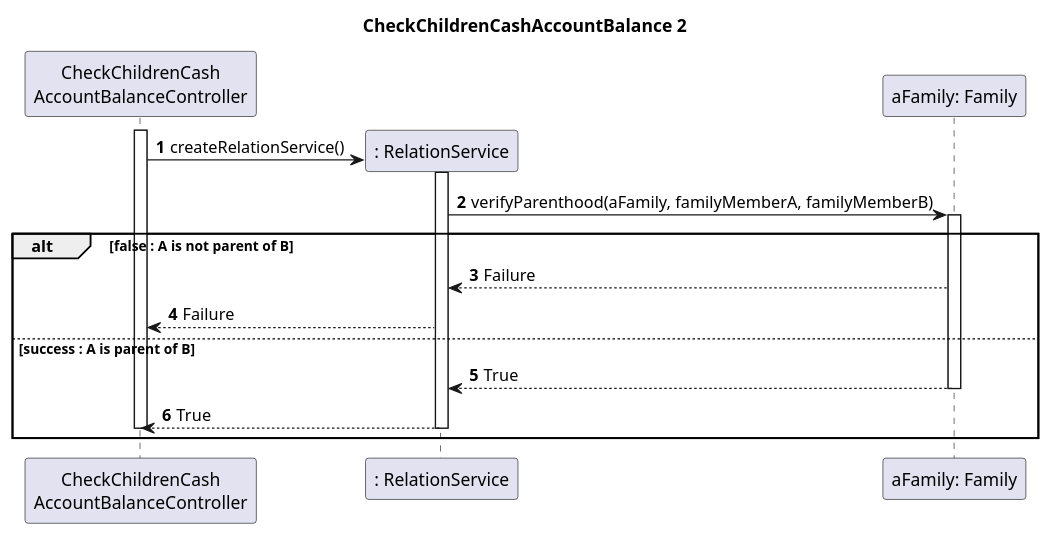
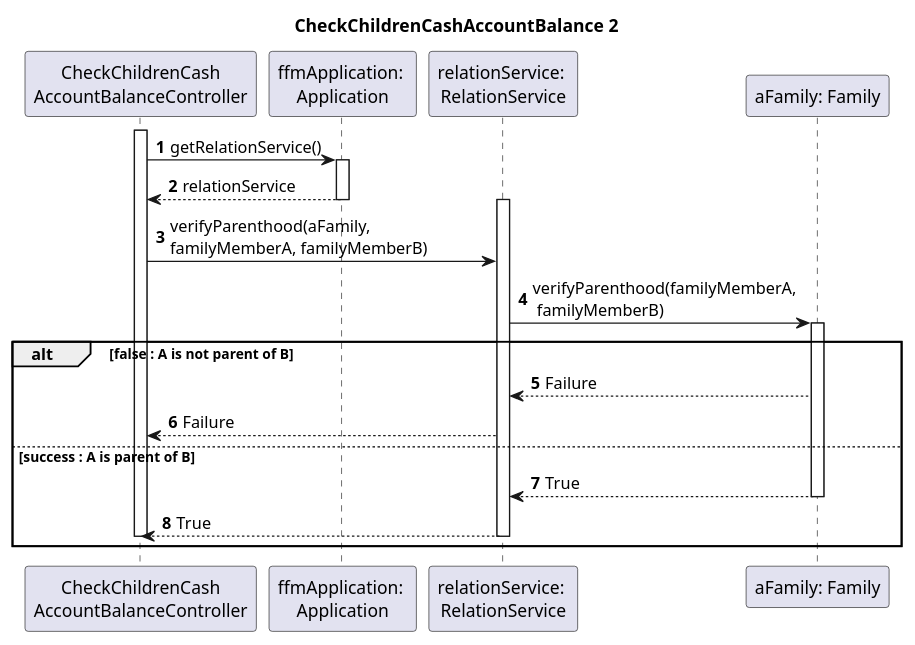
The third of 5 diagrams in docs/sprint2/user_stories/US188_CheckChildrenCashAccountBalance.md (tomas-osswald/switch_2020_g3), drawn with PlantUML before and after one commit. The commit also changed other lines of this file, not shown here.

Commit message:
Changes to SD and Class Diagram now with App having all Services

`````diff
--- a/docs/sprint2/user_stories/US188_CheckChildrenCashAccountBalance.md
+++ b/docs/sprint2/user_stories/US188_CheckChildrenCashAccountBalance.md
@@ -179,25 +186,31 @@
 ````puml
 autonumber
 
 title CheckChildrenCashAccountBalance 2
 
 participant "CheckChildrenCash\nAccountBalanceController" as controller
-participant ": RelationService" as relation
+participant "ffmApplication: \nApplication" as App
+participant "relationService: \nRelationService" as relation
 participant "aFamily: Family" as family
 
 activate controller
-controller -> relation **: createRelationService()
+controller -> App : getRelationService()
+activate App
+App --> controller : relationService
+deactivate App
+
 activate relation 
-relation -> family : verifyParenthood(aFamily, familyMemberA, familyMemberB)
+controller -> relation : verifyParenthood(aFamily, \nfamilyMemberA, familyMemberB)
+relation -> family : verifyParenthood(familyMemberA,\n familyMemberB)
 activate family
 alt false : A is not parent of B
 family --> relation : Failure
 controller <-- relation : Failure 
 else success : A is parent of B
 family --> relation : True
 deactivate family
 relation --> controller : True
 deactivate relation
 deactivate controller
 end
 ````
`````
